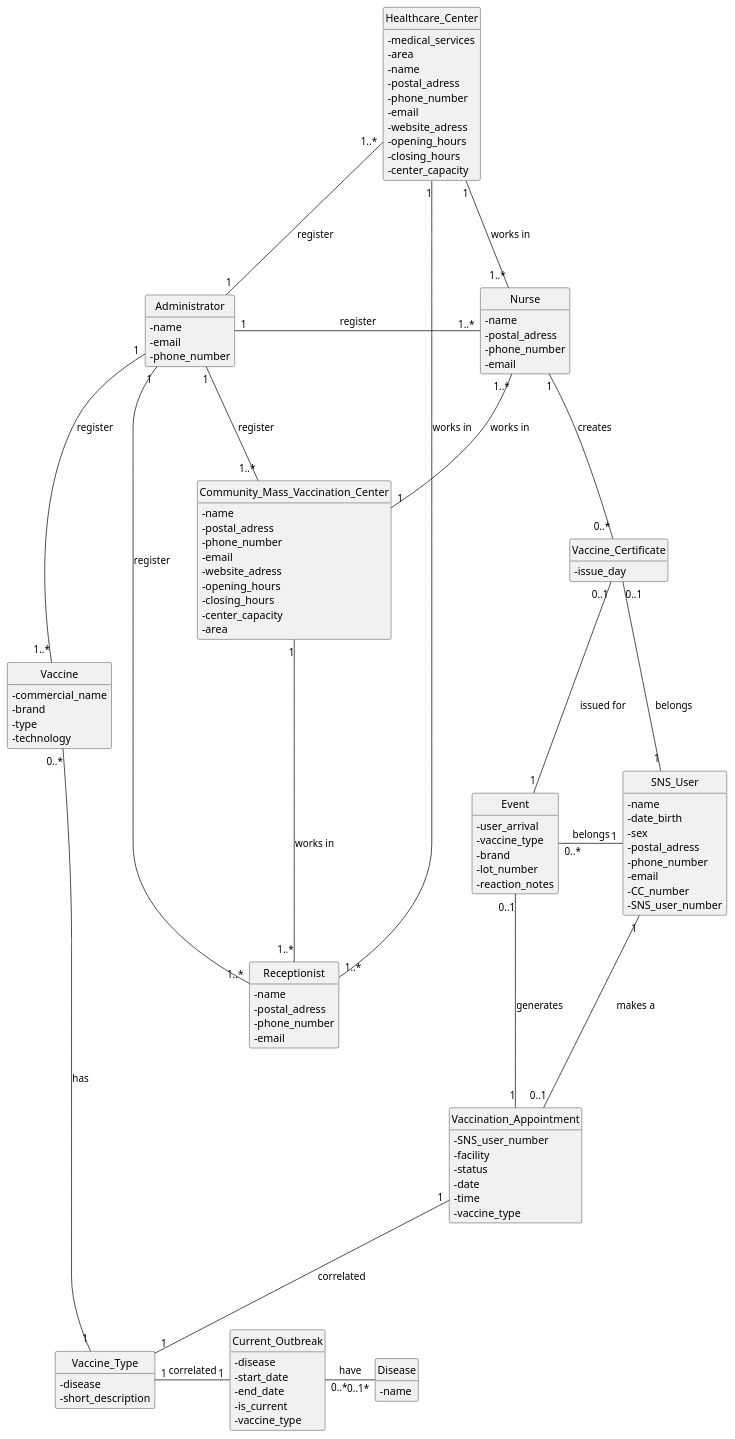
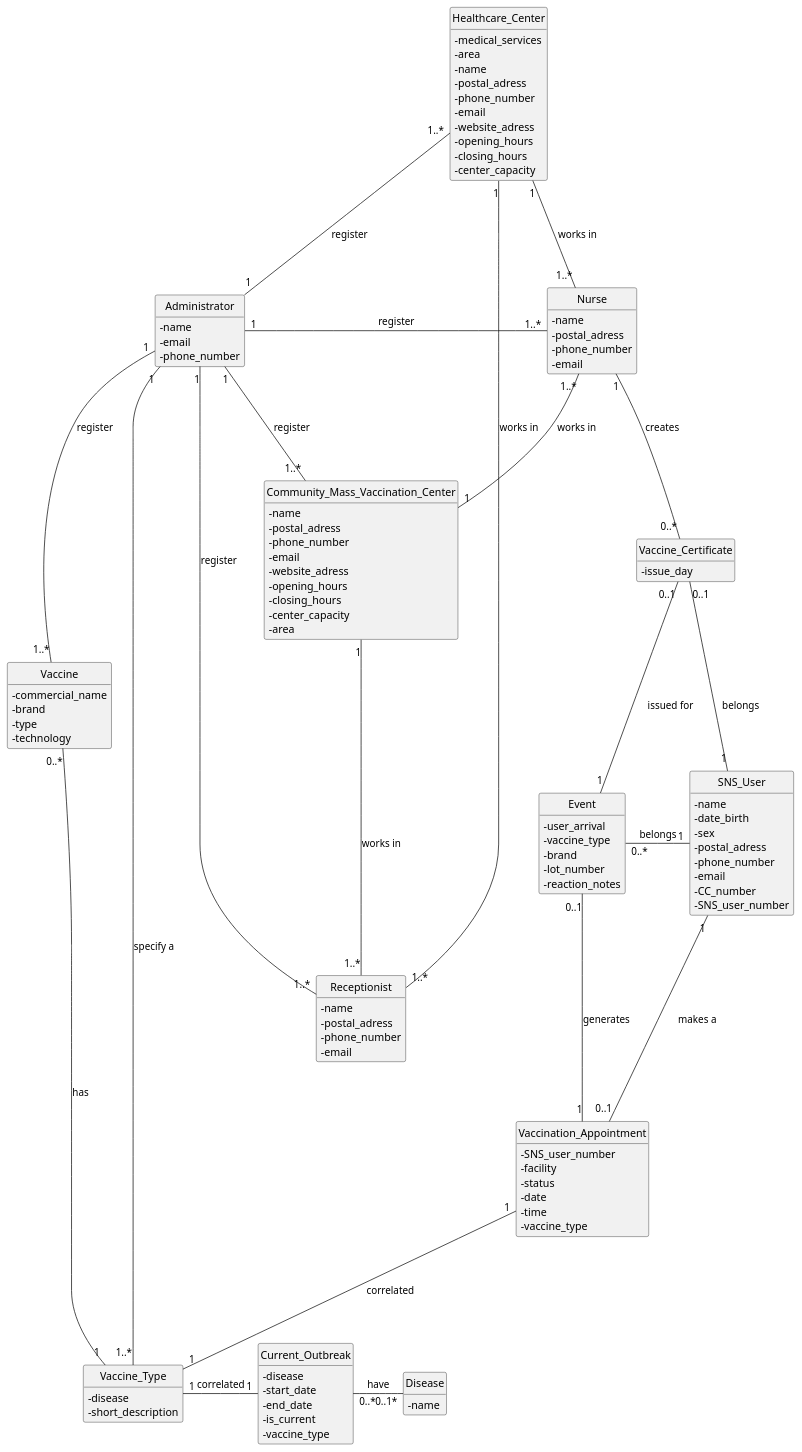
Before and after one commit to Parafita123/leti-esoft-25-26-B1: the diagram in docs/Sprint1/system-documentation/global-artifacts/puml/DM.puml, drawn with PlantUML. The commit also changed 5 other files, not shown here.

```diff
--- a/docs/Sprint1/system-documentation/global-artifacts/puml/DM.puml
+++ b/docs/Sprint1/system-documentation/global-artifacts/puml/DM.puml
@@ -1,155 +1,157 @@
 @startuml
 'https://plantuml.com/class-diagram
 skinparam classAttributeIconSize 0
 hide circle
 hide methods
 
 
 
 class Vaccine {
     - commercial_name
     - brand
     - type
     - technology
 }
 
 class Vaccine_Type {
     - disease
     - short_description
 }
 
 
 
 class SNS_User {
     - name
     - date_birth
     - sex
     - postal_adress
     - phone_number
     - email
     - CC_number
     - SNS_user_number
 
 }
 
 class Disease {
     - name
 }
 
 
 class Vaccination_Appointment {
     - SNS_user_number
     - facility
     - status
     - date
     - time
     - vaccine_type
 }
 
 class Current_Outbreak {
     - disease
     - start_date
     - end_date
     - is_current
     - vaccine_type
 }
 
 class Community_Mass_Vaccination_Center {
     - name
     - postal_adress
     - phone_number
     - email
     - website_adress
     - opening_hours
     - closing_hours
     - center_capacity
     - area
 }
 
 class Healthcare_Center {
     - medical_services
     - area
     - name
     - postal_adress
     - phone_number
     - email
     - website_adress
     - opening_hours
     - closing_hours
     - center_capacity
 }
 
 class Nurse {
     - name
     - postal_adress
     - phone_number
     - email
 }
 
 class Receptionist {
     - name
     - postal_adress
     - phone_number
     - email
 }
 
 class Event {
     - user_arrival
     - vaccine_type
     - brand
     - lot_number
     - reaction_notes
 }
 
 class Administrator {
     - name
     - email
     - phone_number
 }
 
 class Vaccine_Certificate {
     - issue_day
 }
 
 
 Administrator "1" -right-- "1..*" Nurse: register
 
 Administrator "1" -left-- "1..*" Receptionist: register
 
 Administrator "1" -down-- "1..*" Vaccine: register
 
 Administrator "1" -right-- "1..*" Community_Mass_Vaccination_Center: register
 
 Administrator "1" -up-- "1..*" Healthcare_Center: register
 
+Administrator "1" -down-- "1..*" Vaccine_Type: specify a
+
 SNS_User "1" -down-- "0..1" Vaccination_Appointment: makes a
 
 Nurse "1..*" -down-- "1" Community_Mass_Vaccination_Center:works in
 Nurse "1..*" -left-- "1" Healthcare_Center:works in
 
 Receptionist "1..*" -up-- "1" Community_Mass_Vaccination_Center:works in
 Receptionist "1..*" -up-- "1" Healthcare_Center:works in
 
 
 Current_Outbreak "0..*" -right-- "0..1*" Disease: have
 
 Current_Outbreak "1" -left-- "1" Vaccine_Type: correlated
 
 Vaccine "0..*" -right-- "1" Vaccine_Type: has
 
 Nurse "1" -down-- "0..*" Vaccine_Certificate: creates
 
 Vaccine_Certificate "0..1" -down- "1" Event: issued for
 
 Vaccination_Appointment "1" -down-- "1" Vaccine_Type: correlated
 
 Vaccination_Appointment "1" -up-- "0..1" Event: generates
 
 Event "0..*" -right-- "1" SNS_User: belongs
 
 SNS_User "1"  -left-- "0..1" Vaccine_Certificate: belongs
 
 
 
 
 @enduml
```
